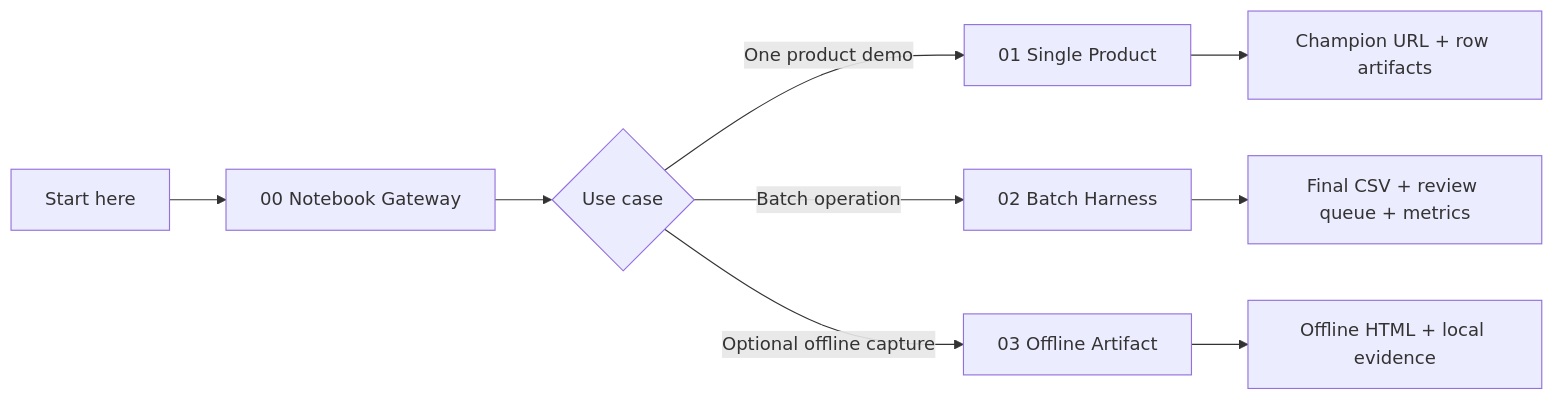
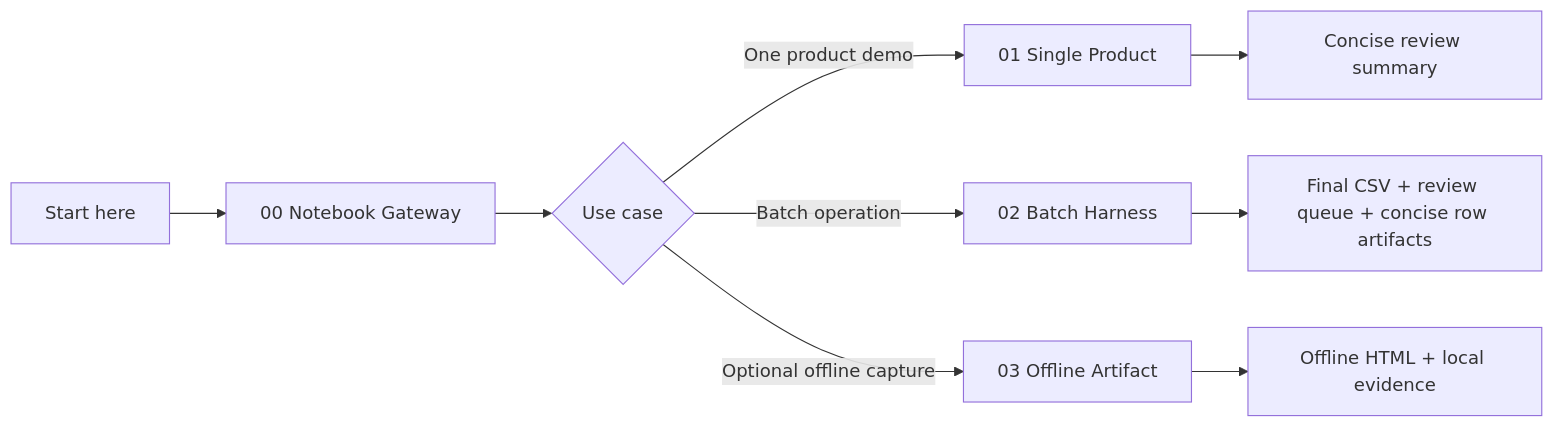
One commit to Akilankm/web_search_tool changed the first of 3 diagrams in README.md. Above: the diagram before and after it, drawn with Mermaid. The commit also changed other lines of this file, not shown here.

Commit message:
Document concise default review artifacts

````diff
--- a/README.md
+++ b/README.md
@@ -24,11 +24,11 @@
 ```mermaid
 flowchart LR
     A[Start here] --> B[00 Notebook Gateway]
     B --> C{Use case}
     C -->|One product demo| D[01 Single Product]
     C -->|Batch operation| E[02 Batch Harness]
     C -->|Optional offline capture| F[03 Offline Artifact]
-    D --> G[Champion URL + row artifacts]
-    E --> H[Final CSV + review queue + metrics]
+    D --> G[Concise review summary]
+    E --> H[Final CSV + review queue + concise row artifacts]
     F --> I[Offline HTML + local evidence]
 ```
````
